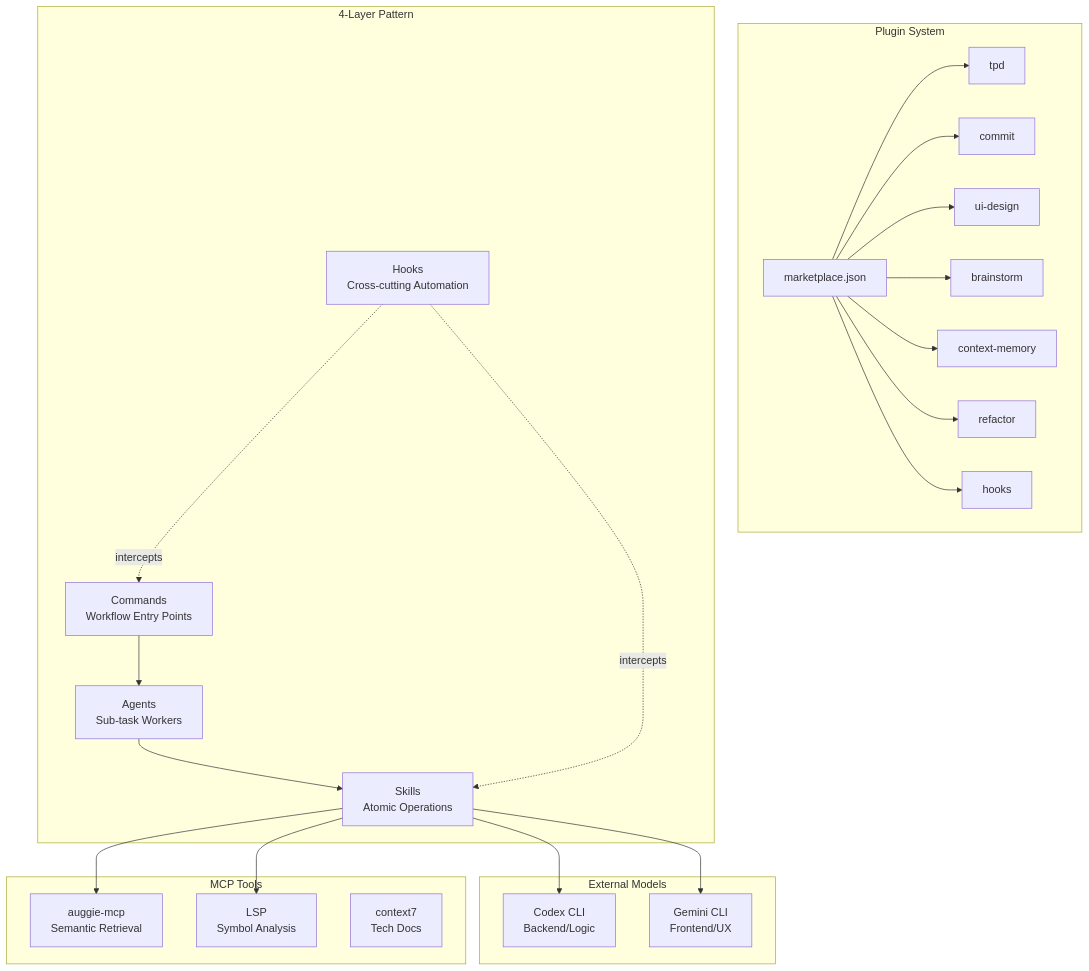
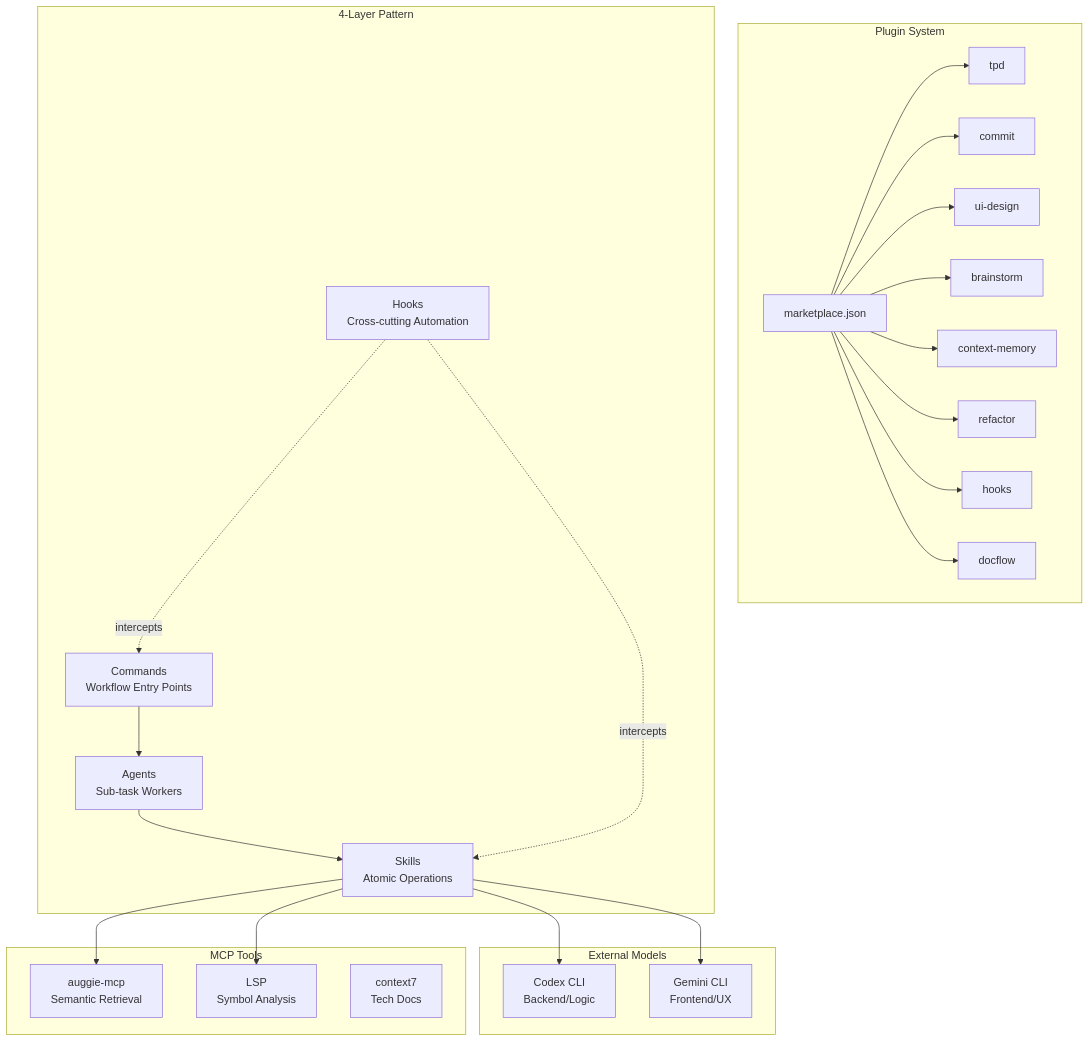
One commit to zengwenliang416/my-plugins changed the diagram in llmdoc/overview/project-overview.md. Above: the diagram before and after it, drawn with Mermaid. The commit also changed other lines of this file and 12 other files, not shown here.

````diff
--- a/llmdoc/overview/project-overview.md
+++ b/llmdoc/overview/project-overview.md
@@ -33,40 +34,41 @@
 ```mermaid
 graph TB
     subgraph "Plugin System"
         MP[marketplace.json]
         MP --> P1[tpd]
         MP --> P2[commit]
         MP --> P3[ui-design]
         MP --> P4[brainstorm]
         MP --> P5[context-memory]
         MP --> P6[refactor]
         MP --> P7[hooks]
+        MP --> P8[docflow]
     end
 
     subgraph "4-Layer Pattern"
         L1[Commands<br/>Workflow Entry Points]
         L2[Agents<br/>Sub-task Workers]
         L3[Skills<br/>Atomic Operations]
         L4[Hooks<br/>Cross-cutting Automation]
     end
 
     subgraph "External Models"
         CX[Codex CLI<br/>Backend/Logic]
         GM[Gemini CLI<br/>Frontend/UX]
     end
 
     subgraph "MCP Tools"
         AM[auggie-mcp<br/>Semantic Retrieval]
         LS[LSP<br/>Symbol Analysis]
         C7[context7<br/>Tech Docs]
     end
 
     L1 --> L2
     L2 --> L3
     L3 --> CX
     L3 --> GM
     L3 --> AM
     L3 --> LS
     L4 -.intercepts.-> L1
     L4 -.intercepts.-> L3
 ```
````
